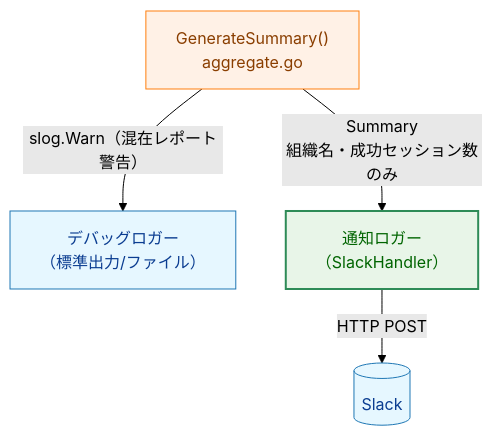
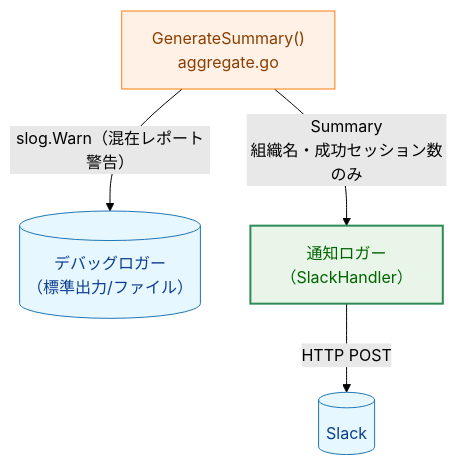
The fifth of 7 diagrams in docs/tasks/0050_weekly_summary/02_architecture.md (isseis/tlsrpt-digest), drawn with Mermaid (forest theme) before and after one commit. The commit also changed other lines of this file, not shown here.

First line of the commit message:
Refine weekly summary architecture review

````diff
--- a/docs/tasks/0050_weekly_summary/02_architecture.md
+++ b/docs/tasks/0050_weekly_summary/02_architecture.md
@@ -240,14 +250,14 @@
 ```mermaid
 flowchart TD
     classDef data fill:#e6f7ff,stroke:#1f77b4,stroke-width:1px,color:#0b3d91;
     classDef process fill:#fff1e6,stroke:#ff7f0e,stroke-width:1px,color:#8a3e00;
     classDef enhanced fill:#e8f5e8,stroke:#2e8b57,stroke-width:2px,color:#006400;
 
-    AGG["GenerateSummary()<br>aggregate.go"] -->|"slog.Warn（混在レポート警告）"| DBG["デバッグロガー<br>（標準出力/ファイル）"]
+    AGG["GenerateSummary()<br>aggregate.go"] -->|"slog.Warn（混在レポート警告）"| DBG[("デバッグロガー<br>（標準出力/ファイル）")]
     AGG -->|"Summary<br>組織名・成功セッション数のみ"| NOTIFY["通知ロガー<br>（SlackHandler）"]
     NOTIFY -->|"HTTP POST"| Slack[("Slack")]
 
     class DBG,Slack data
     class AGG process
     class NOTIFY enhanced
 ```
````
